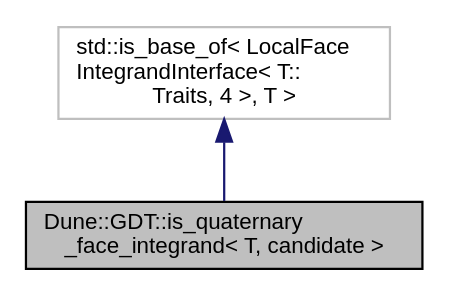
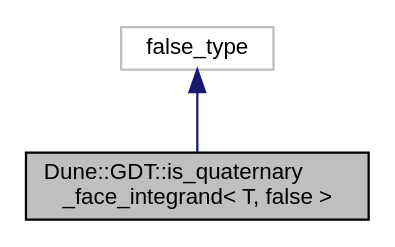
One commit to dune-community/dune-community.github.io changed the diagram in docs/dune-gdt/master/a03184.dot. Above: the diagram before and after it, drawn with Graphviz. The commit also changed 1984 other files, not shown here.

Commit message:
Updated documentation for dune-gdt master

```diff
--- a/docs/dune-gdt/master/a03184.dot
+++ b/docs/dune-gdt/master/a03184.dot
@@ -1,8 +1,8 @@
-digraph "Dune::GDT::is_quaternary_face_integrand&lt; T, candidate &gt;"
+digraph "Dune::GDT::is_quaternary_face_integrand&lt; T, false &gt;"
 {
   edge [fontname="Helvetica",fontsize="10",labelfontname="Helvetica",labelfontsize="10"];
   node [fontname="Helvetica",fontsize="10",shape=record];
-  Node0 [label="Dune::GDT::is_quaternary\l_face_integrand\< T, candidate \>",height=0.2,width=0.4,color="black", fillcolor="grey75", style="filled", fontcolor="black"];
+  Node0 [label="Dune::GDT::is_quaternary\l_face_integrand\< T, false \>",height=0.2,width=0.4,color="black", fillcolor="grey75", style="filled", fontcolor="black"];
   Node1 -> Node0 [dir="back",color="midnightblue",fontsize="10",style="solid",fontname="Helvetica"];
-  Node1 [label="std::is_base_of\< LocalFace\lIntegrandInterface\< T::\lTraits, 4 \>, T \>",height=0.2,width=0.4,color="grey75", fillcolor="white", style="filled"];
+  Node1 [label="false_type",height=0.2,width=0.4,color="grey75", fillcolor="white", style="filled"];
 }
```
